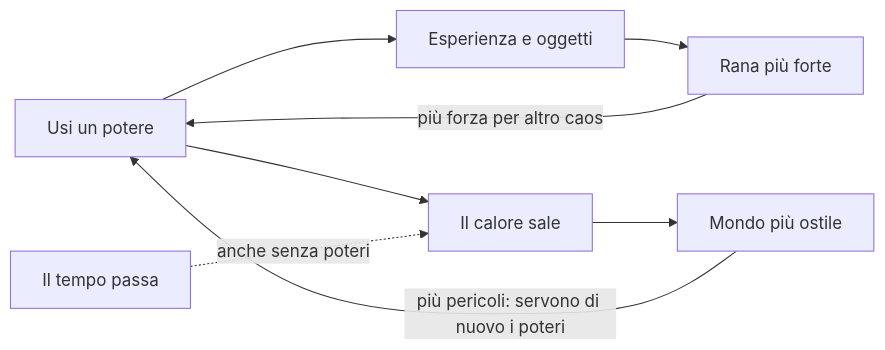
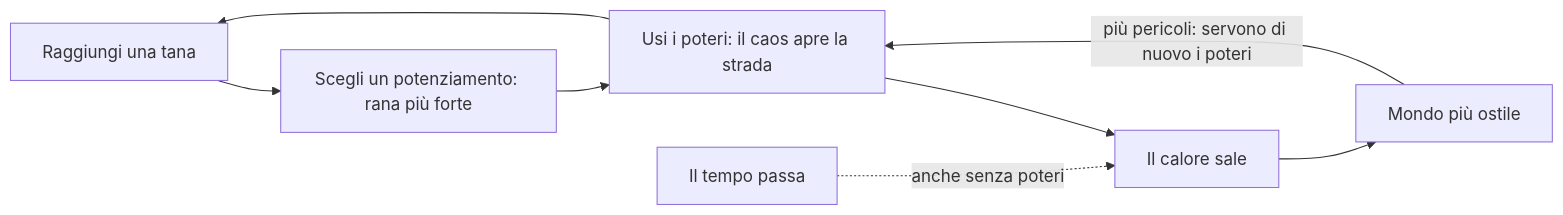
Before and after one commit to SolidusRam/Frogger3D: the diagram in docs/regole-design.md, drawn with Mermaid. The commit also changed other lines of this file and 1 other file, not shown here.

First line of the commit message:
Decisioni: roguelite a run infinite, forza dalle tane, si pubblica comunque

````diff
--- a/docs/regole-design.md
+++ b/docs/regole-design.md
@@ -24,8 +24,9 @@
 ```mermaid
 flowchart LR
-    P["Usi un potere"] --> XP["Esperienza e oggetti"] --> F["Rana più forte"]
+    D["Raggiungi una tana"] --> F["Scegli un potenziamento: rana più forte"]
+    F --> P["Usi i poteri: il caos apre la strada"]
+    P --> D
     P --> H["Il calore sale"] --> O["Mondo più ostile"]
     T["Il tempo passa"] -. anche senza poteri .-> H
-    F -- più forza per altro caos --> P
     O -- più pericoli: servono di nuovo i poteri --> P
 ```
````
